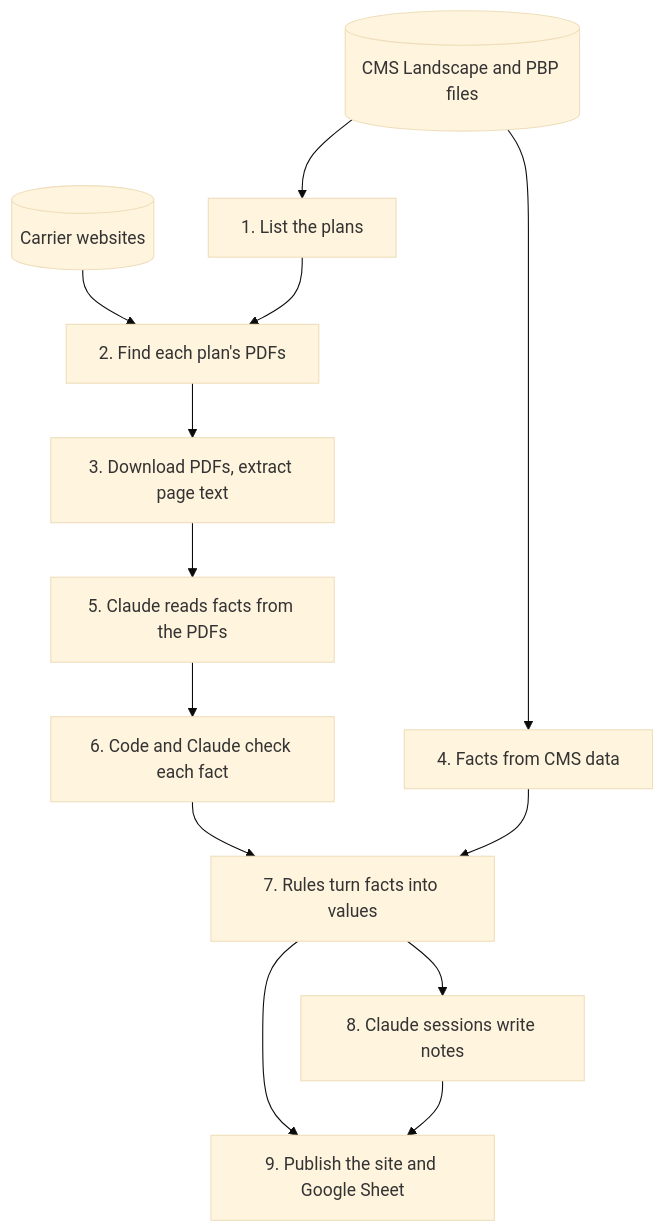
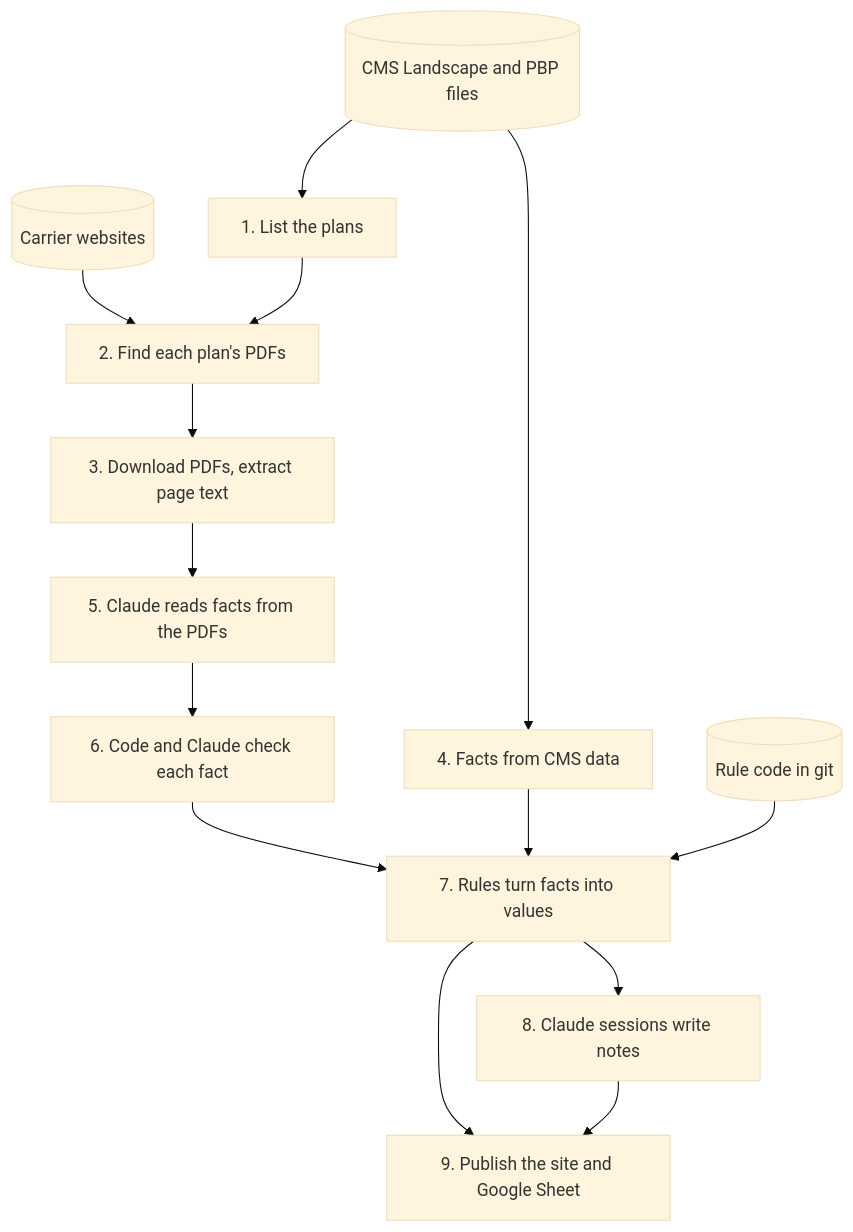
Before and after one commit to rosenhouse-bot-sandbox/shiba-data: the diagram in docs/pipeline.md, drawn with Mermaid (base theme). The commit also changed other lines of this file and 2 other files, not shown here.

First line of the commit message:
Link a column's rule entry and the functions it names in its trace

````diff
--- a/docs/pipeline.md
+++ b/docs/pipeline.md
@@ -46,15 +46,16 @@
 ```mermaid
 flowchart TD
   cms[(CMS Landscape and PBP files)] --> plans[1. List the plans]
   carriers[(Carrier websites)] --> find[2. Find each plan's PDFs]
   plans --> find
   find --> text[3. Download PDFs, extract page text]
   cms --> cmsfacts[4. Facts from CMS data]
   text --> read[5. Claude reads facts from the PDFs]
   read --> check[6. Code and Claude check each fact]
   check --> present[7. Rules turn facts into values]
   cmsfacts --> present
+  rules[(Rule code in git)] --> present
   present --> notes[8. Claude sessions write notes]
   present --> publish[9. Publish the site and Google Sheet]
   notes --> publish
 ```
````
